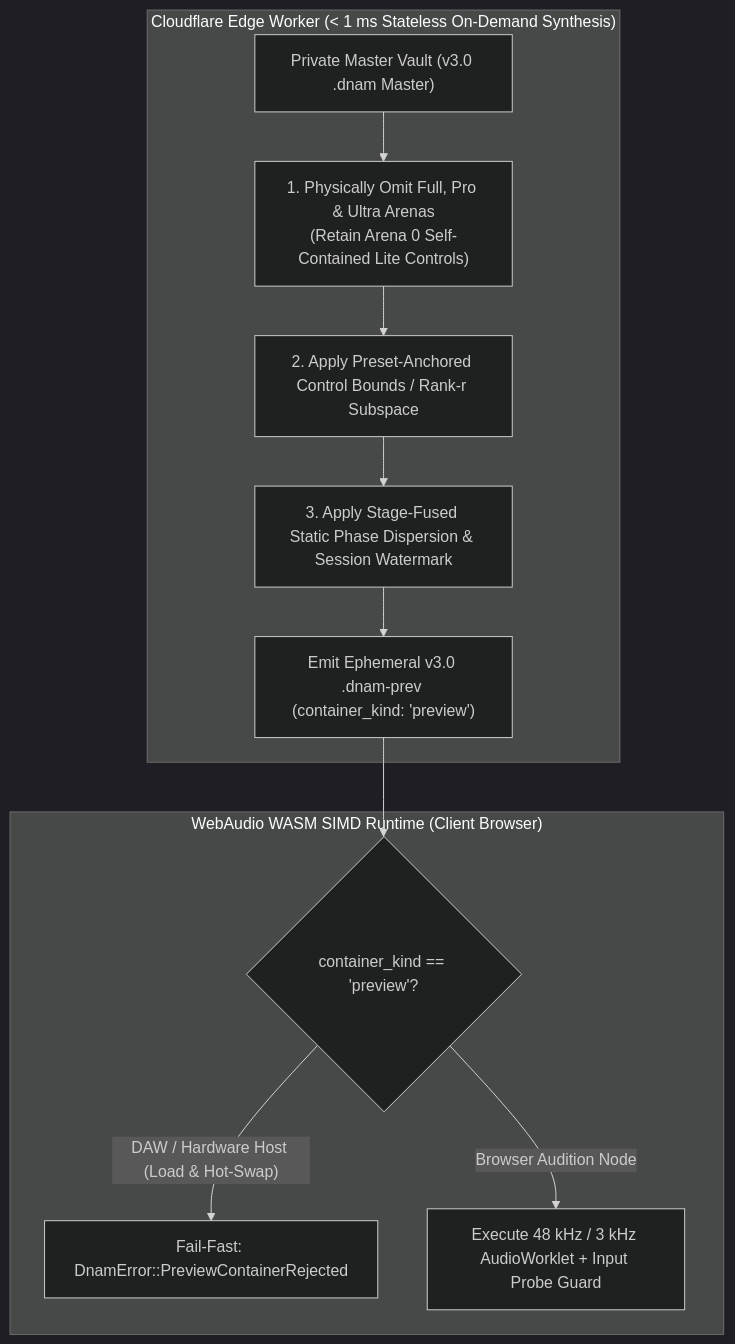
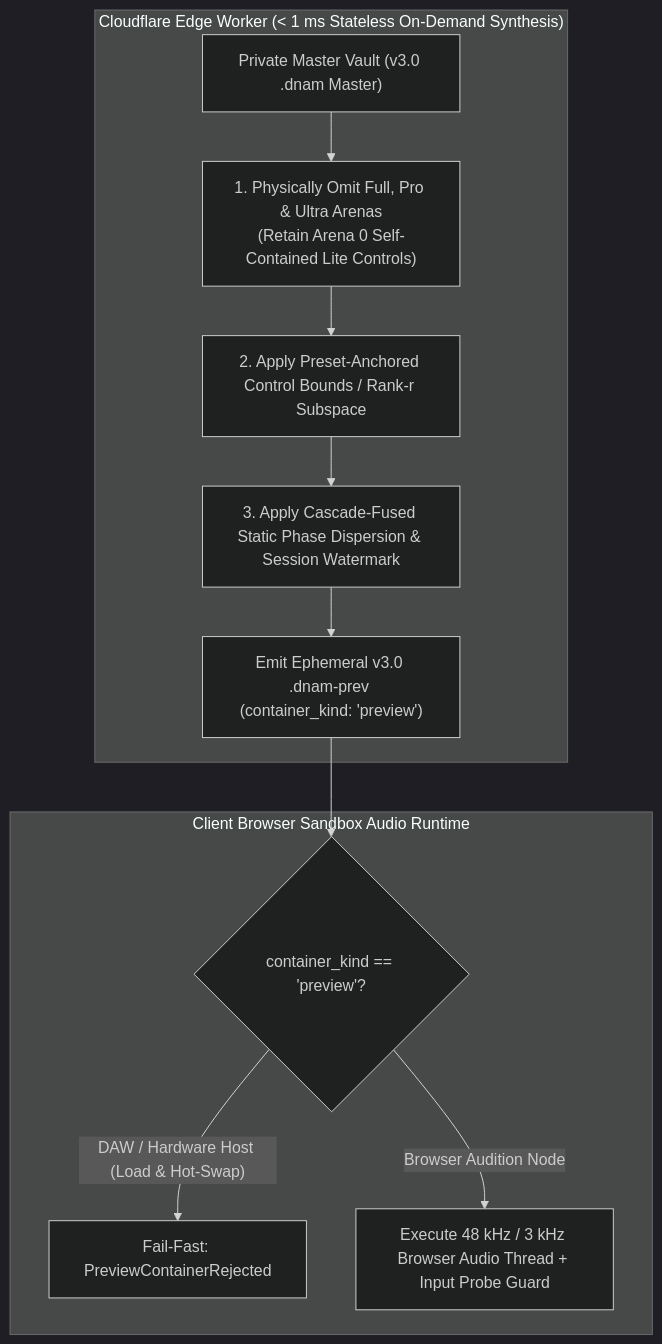
Before and after one commit to mokugen/dnam: the second of 3 diagrams in docs/specs/security/watermarking_and_marketplace.md, drawn with Mermaid (dark theme). The commit also changed other lines of this file and 198 other files, not shown here.

````diff
--- a/docs/specs/security/watermarking_and_marketplace.md
+++ b/docs/specs/security/watermarking_and_marketplace.md
@@ -176,15 +253,15 @@
 ```mermaid
 flowchart TD
     subgraph EdgeWorker ["Cloudflare Edge Worker (< 1 ms Stateless On-Demand Synthesis)"]
         Vault["Private Master Vault (v3.0 .dnam Master)"] --> Strip["1. Physically Omit Full, Pro & Ultra Arenas<br/>(Retain Arena 0 Self-Contained Lite Controls)"]
         Strip --> Bound["2. Apply Preset-Anchored Control Bounds / Rank-r Subspace"]
-        Bound --> Disp["3. Apply Stage-Fused Static Phase Dispersion & Session Watermark"]
+        Bound --> Disp["3. Apply Cascade-Fused Static Phase Dispersion & Session Watermark"]
         Disp --> Emit["Emit Ephemeral v3.0 .dnam-prev (container_kind: 'preview')"]
     end
 
-    subgraph Browser ["WebAudio WASM SIMD Runtime (Client Browser)"]
+    subgraph Browser ["Client Browser Sandbox Audio Runtime"]
         Emit --> Check{"container_kind == 'preview'?"}
-        Check -- "DAW / Hardware Host (Load & Hot-Swap)" --> Reject["Fail-Fast: DnamError::PreviewContainerRejected"]
-        Check -- "Browser Audition Node" --> Play["Execute 48 kHz / 3 kHz AudioWorklet + Input Probe Guard"]
+        Check -- "DAW / Hardware Host (Load & Hot-Swap)" --> Reject["Fail-Fast: PreviewContainerRejected"]
+        Check -- "Browser Audition Node" --> Play["Execute 48 kHz / 3 kHz Browser Audio Thread + Input Probe Guard"]
     end
 ```
````
